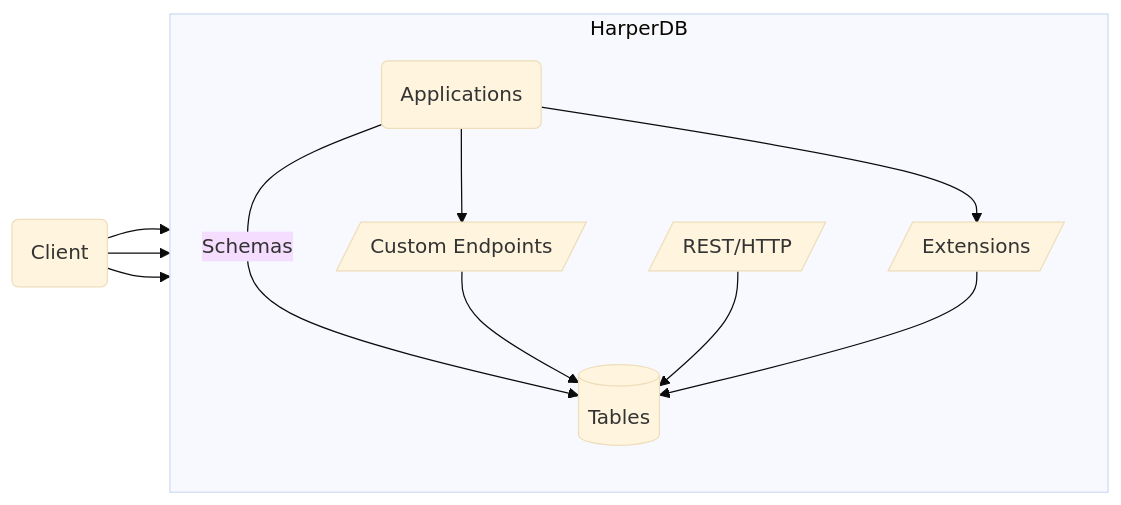
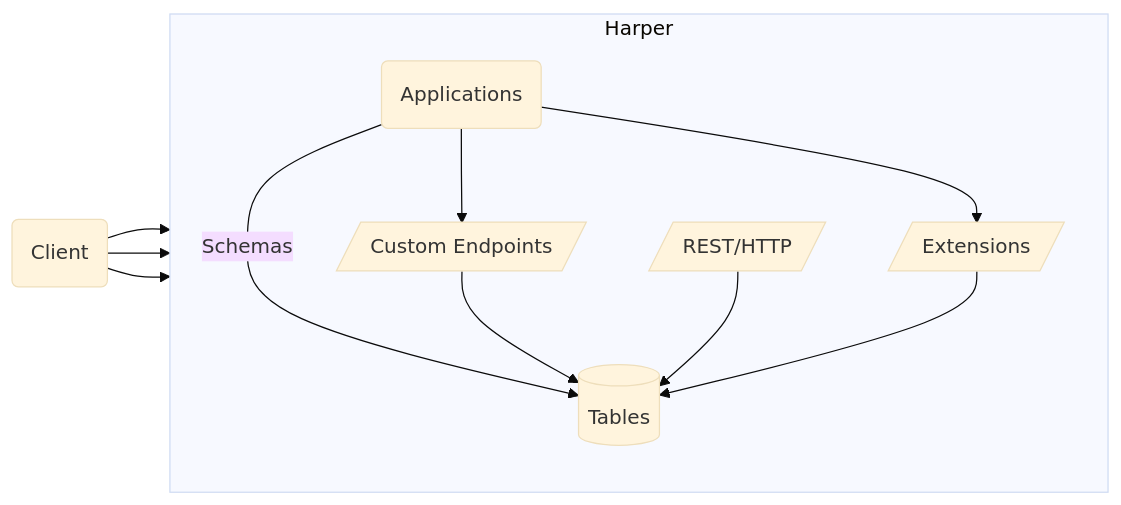
The diagram in docs/developers/applications/README.md (HarperDB/documentation), drawn with Mermaid (base theme) before and after one commit. The commit also changed other lines of this file and 100 other files, not shown here.

````diff
--- a/docs/developers/applications/README.md
+++ b/docs/developers/applications/README.md
@@ -15,15 +15,15 @@
 ```mermaid
 flowchart LR
 	Client(Client)-->Endpoints
 	Client(Client)-->HTTP
 	Client(Client)-->Extensions
-	subgraph HarperDB
+	subgraph Harper
 	direction TB
 	Applications(Applications)-- "Schemas" --> Tables[(Tables)]
 	Applications-->Endpoints[/Custom Endpoints/]
 	Applications-->Extensions
 	Endpoints-->Tables
 	HTTP[/REST/HTTP/]-->Tables
 	Extensions[/Extensions/]-->Tables
 	end
 ```
````
